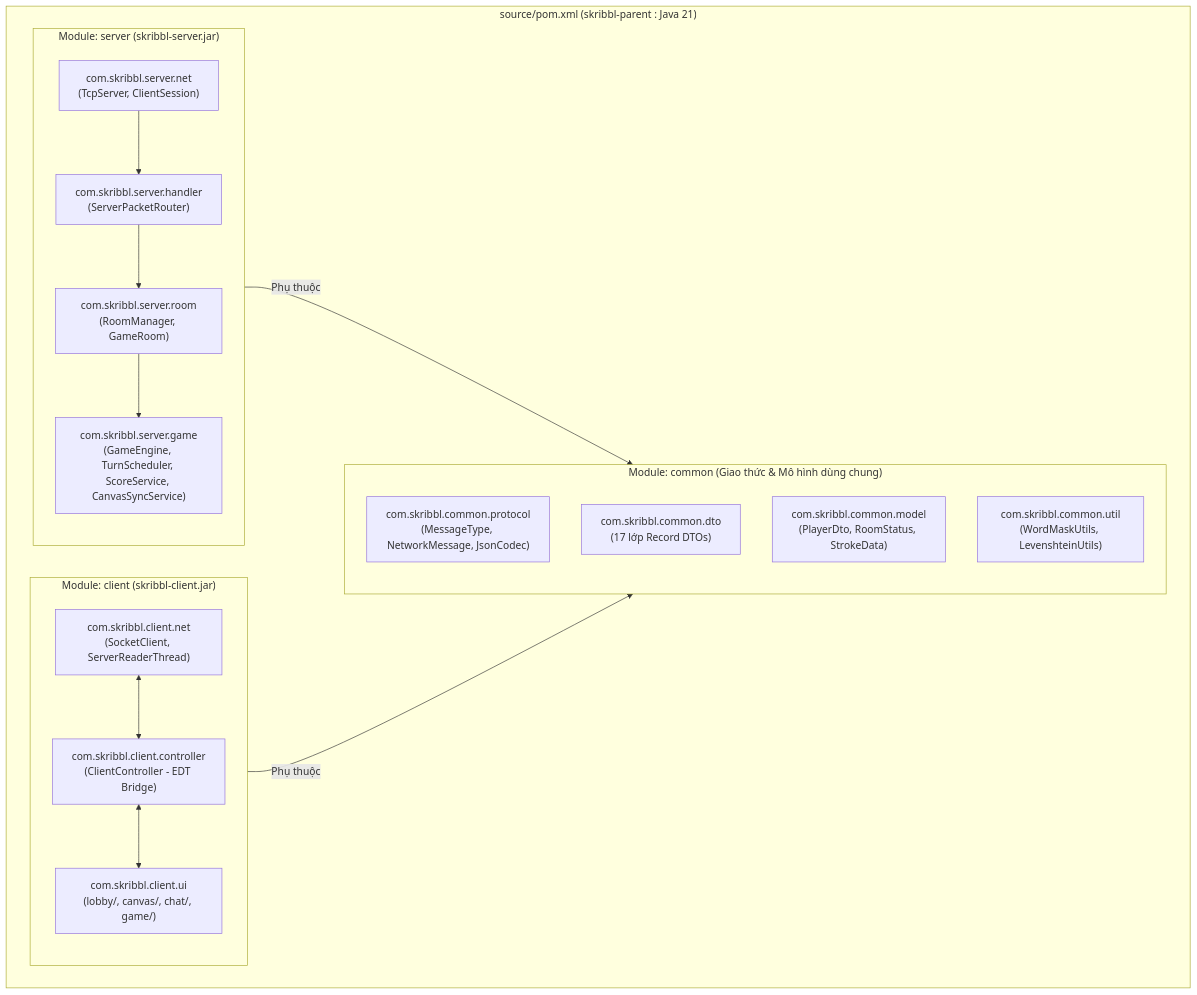
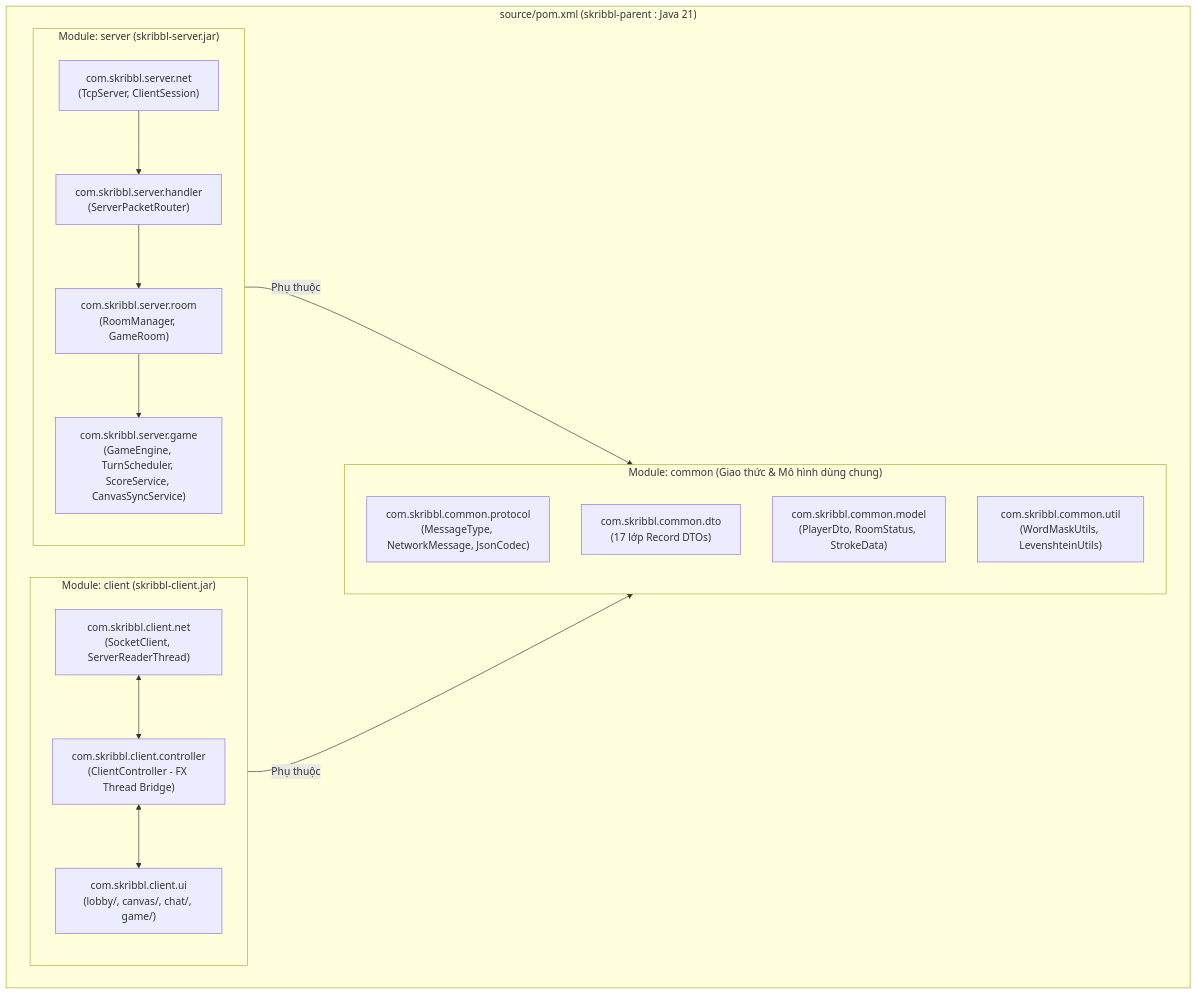
The fourth of 7 diagrams in docs/BAO_CAO_TIEU_LUAN.md (hansnam/skribbl_NetworkProgramming), drawn with Mermaid before and after one commit. The commit also changed other lines of this file and 13 other files, not shown here.

````diff
--- a/docs/BAO_CAO_TIEU_LUAN.md
+++ b/docs/BAO_CAO_TIEU_LUAN.md
@@ -330,29 +333,29 @@
 ```mermaid
 flowchart TB
     subgraph Parent["source/pom.xml (skribbl-parent : Java 21)"]
         subgraph CommonMod["Module: common (Giao thức & Mô hình dùng chung)"]
             P1["com.skribbl.common.protocol<br/>(MessageType, NetworkMessage, JsonCodec)"]
             P2["com.skribbl.common.dto<br/>(17 lớp Record DTOs)"]
             P3["com.skribbl.common.model<br/>(PlayerDto, RoomStatus, StrokeData)"]
             P4["com.skribbl.common.util<br/>(WordMaskUtils, LevenshteinUtils)"]
         end
 
         subgraph ServerMod["Module: server (skribbl-server.jar)"]
             S1["com.skribbl.server.net<br/>(TcpServer, ClientSession)"]
             S2["com.skribbl.server.handler<br/>(ServerPacketRouter)"]
             S3["com.skribbl.server.room<br/>(RoomManager, GameRoom)"]
             S4["com.skribbl.server.game<br/>(GameEngine, TurnScheduler, ScoreService, CanvasSyncService)"]
             S1 --> S2 --> S3 --> S4
         end
 
         subgraph ClientMod["Module: client (skribbl-client.jar)"]
             C1["com.skribbl.client.net<br/>(SocketClient, ServerReaderThread)"]
-            C2["com.skribbl.client.controller<br/>(ClientController - EDT Bridge)"]
+            C2["com.skribbl.client.controller<br/>(ClientController - FX Thread Bridge)"]
             C3["com.skribbl.client.ui<br/>(lobby/, canvas/, chat/, game/)"]
             C1 <--> C2 <--> C3
         end
     end
 
     ServerMod -->|Phụ thuộc| CommonMod
     ClientMod -->|Phụ thuộc| CommonMod
 ```
````
